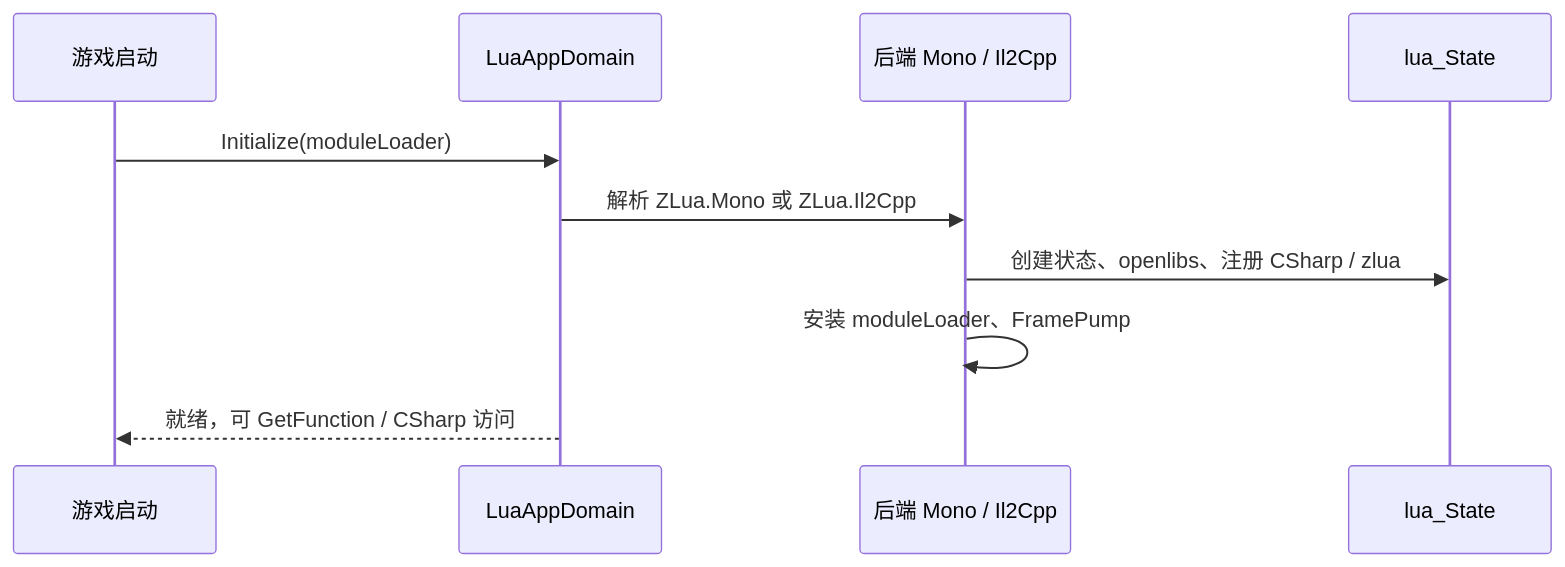
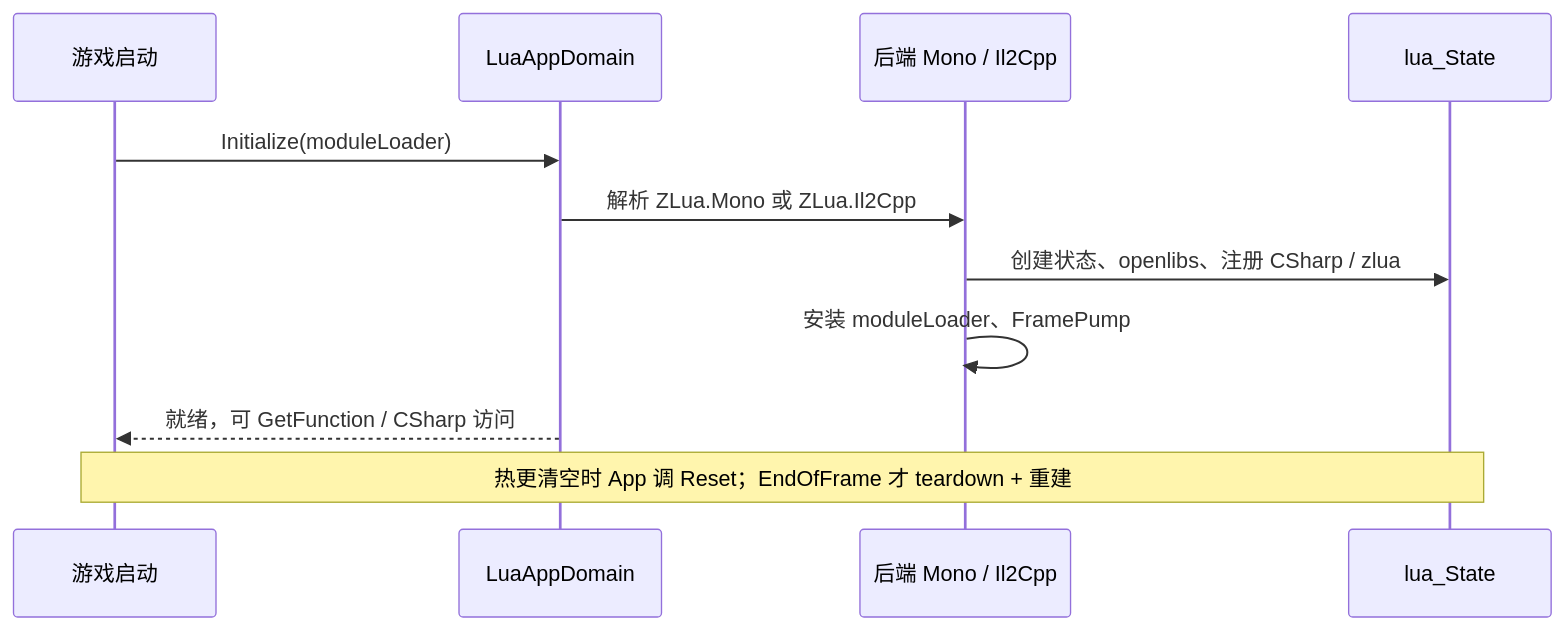
Before and after one commit to focus-creative-games/zlua-doc: the diagram in docs/reference/csharp/lua-app-domain.md, drawn with Mermaid. The commit also changed other lines of this file and 21 other files, not shown here.

Commit message:
support LuaAppDomain::Reset

````diff
--- a/docs/reference/csharp/lua-app-domain.md
+++ b/docs/reference/csharp/lua-app-domain.md
@@ -75,13 +97,14 @@
 ```mermaid
 sequenceDiagram
     participant App as 游戏启动
     participant LAD as LuaAppDomain
     participant BE as 后端 Mono / Il2Cpp
     participant L as lua_State
 
     App->>LAD: Initialize(moduleLoader)
     LAD->>BE: 解析 ZLua.Mono 或 ZLua.Il2Cpp
     BE->>L: 创建状态、openlibs、注册 CSharp / zlua
     BE->>BE: 安装 moduleLoader、FramePump
     LAD-->>App: 就绪，可 GetFunction / CSharp 访问
+    Note over App,L: 热更清空时 App 调 Reset；EndOfFrame 才 teardown + 重建
 ```
````
